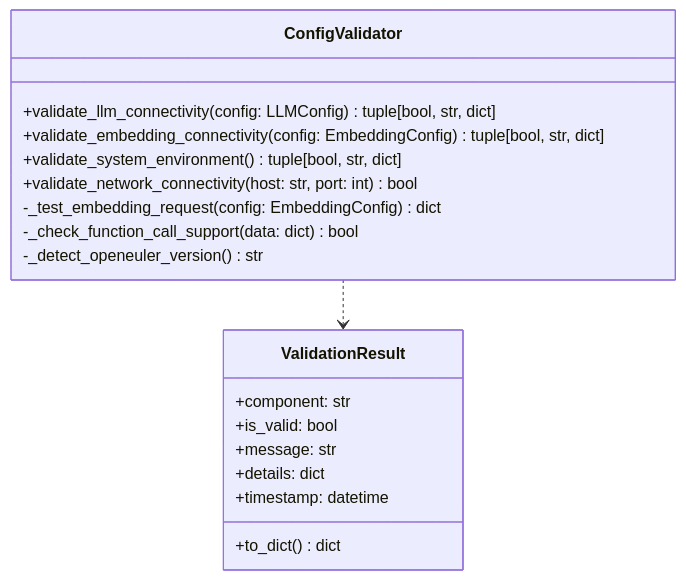
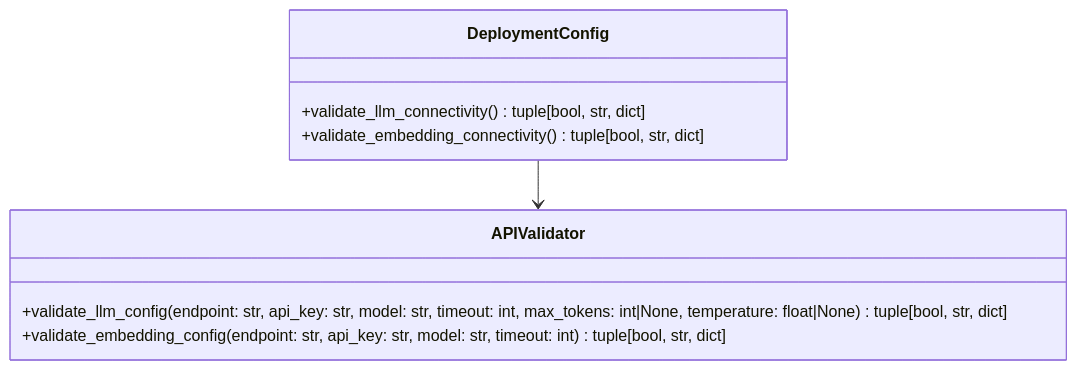
Before and after one commit to HongyuS/euler-copilot-shell: the sixth of 9 diagrams in docs/development/部署助手模块设计.md, drawn with Mermaid. The commit also changed other lines of this file and 3 other files, not shown here.

````diff
--- a/docs/development/部署助手模块设计.md
+++ b/docs/development/部署助手模块设计.md
@@ -246,23 +248,14 @@
 ```mermaid
 classDiagram
-    class ConfigValidator {
-        +validate_llm_connectivity(config: LLMConfig) tuple[bool, str, dict]
-        +validate_embedding_connectivity(config: EmbeddingConfig) tuple[bool, str, dict]
-        +validate_system_environment() tuple[bool, str, dict]
-        +validate_network_connectivity(host: str, port: int) bool
-        -_test_embedding_request(config: EmbeddingConfig) dict
-        -_check_function_call_support(data: dict) bool
-        -_detect_openeuler_version() str
+    class APIValidator {
+        +validate_llm_config(endpoint: str, api_key: str, model: str, timeout: int, max_tokens: int|None, temperature: float|None) tuple[bool, str, dict]
+        +validate_embedding_config(endpoint: str, api_key: str, model: str, timeout: int) tuple[bool, str, dict]
     }
     
-    class ValidationResult {
-        +component: str
-        +is_valid: bool
-        +message: str
-        +details: dict
-        +timestamp: datetime
-        +to_dict() dict
+    class DeploymentConfig {
+        +validate_llm_connectivity() tuple[bool, str, dict]
+        +validate_embedding_connectivity() tuple[bool, str, dict]
     }
     
-    ConfigValidator ..> ValidationResult
+    DeploymentConfig --> APIValidator
 ```
````
